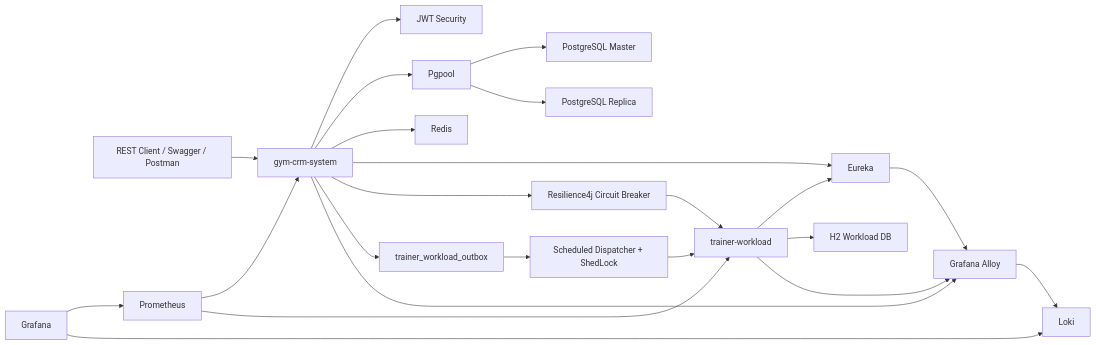
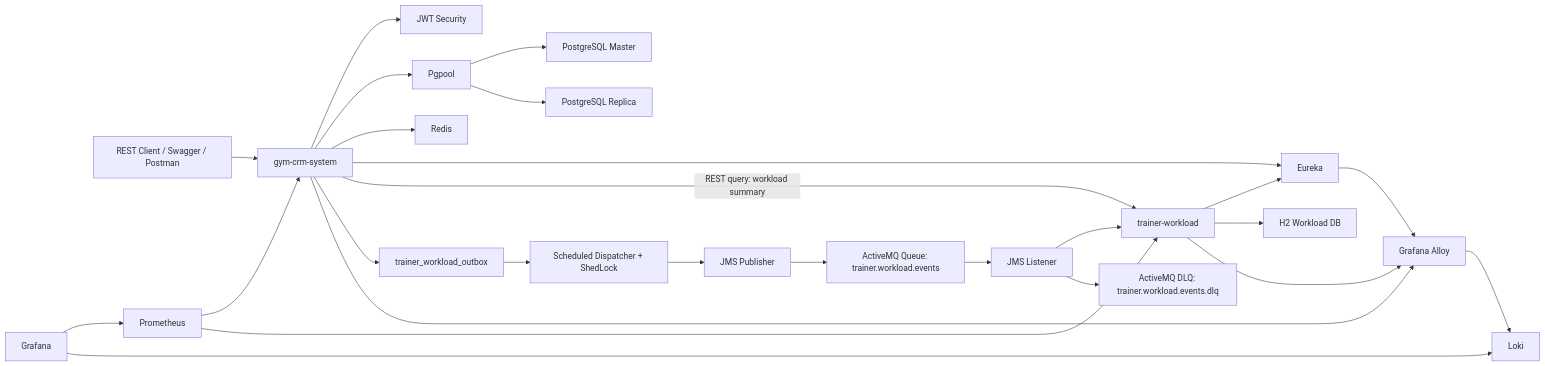
The diagram in README.md (IgorProkhorchuk/gym_crm), drawn with Mermaid before and after one commit. The commit also changed other lines of this file and 3 other files, not shown here.

Commit message:
Feat: Add Postman collections for ActiveMQ load testing and REST API workload validations

````diff
--- a/README.md
+++ b/README.md
@@ -24,25 +25,28 @@
 ```mermaid
 flowchart LR
     client["REST Client / Swagger / Postman"] --> gym["gym-crm-system"]
     gym --> security["JWT Security"]
     gym --> pgpool["Pgpool"]
     pgpool --> master["PostgreSQL Master"]
     pgpool --> replica["PostgreSQL Replica"]
     gym --> redis["Redis"]
     gym --> eureka["Eureka"]
     workload["trainer-workload"] --> eureka
-    gym --> cb["Resilience4j Circuit Breaker"]
-    cb --> workload
+    gym -->|"REST query: workload summary"| workload
     gym --> outbox["trainer_workload_outbox"]
     outbox --> dispatcher["Scheduled Dispatcher + ShedLock"]
-    dispatcher --> workload
+    dispatcher --> publisher["JMS Publisher"]
+    publisher --> mq["ActiveMQ Queue: trainer.workload.events"]
+    mq --> listener["JMS Listener"]
+    listener --> workload
+    listener --> dlq["ActiveMQ DLQ: trainer.workload.events.dlq"]
     workload --> h2["H2 Workload DB"]
     prometheus["Prometheus"] --> gym
     prometheus --> workload
     alloy["Grafana Alloy"] --> loki["Loki"]
     gym --> alloy
     workload --> alloy
     eureka --> alloy
     grafana["Grafana"] --> prometheus
     grafana --> loki
 ```
````
